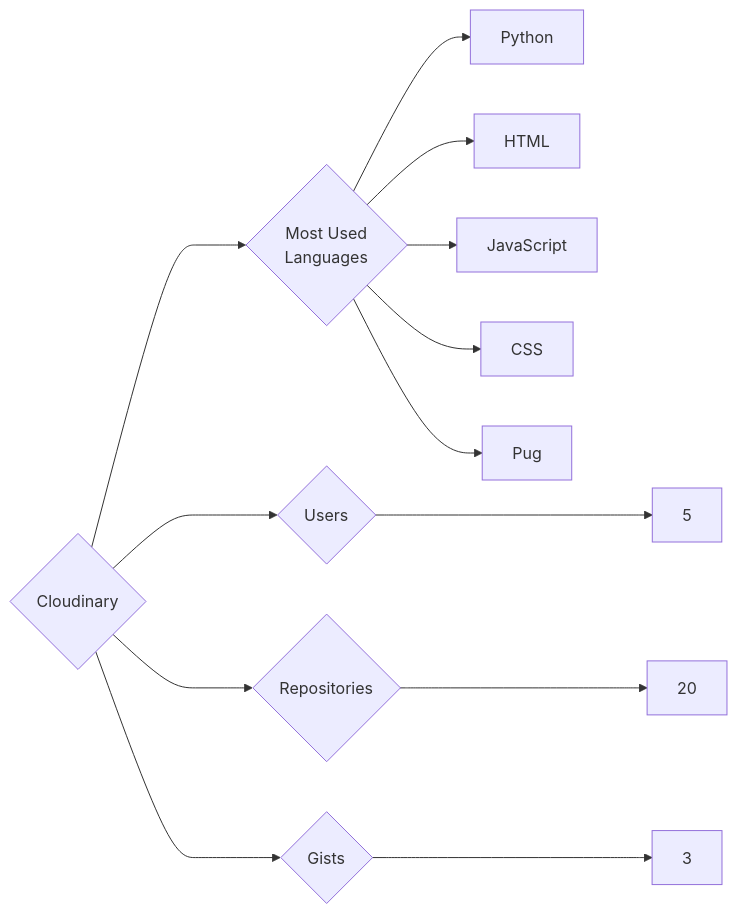
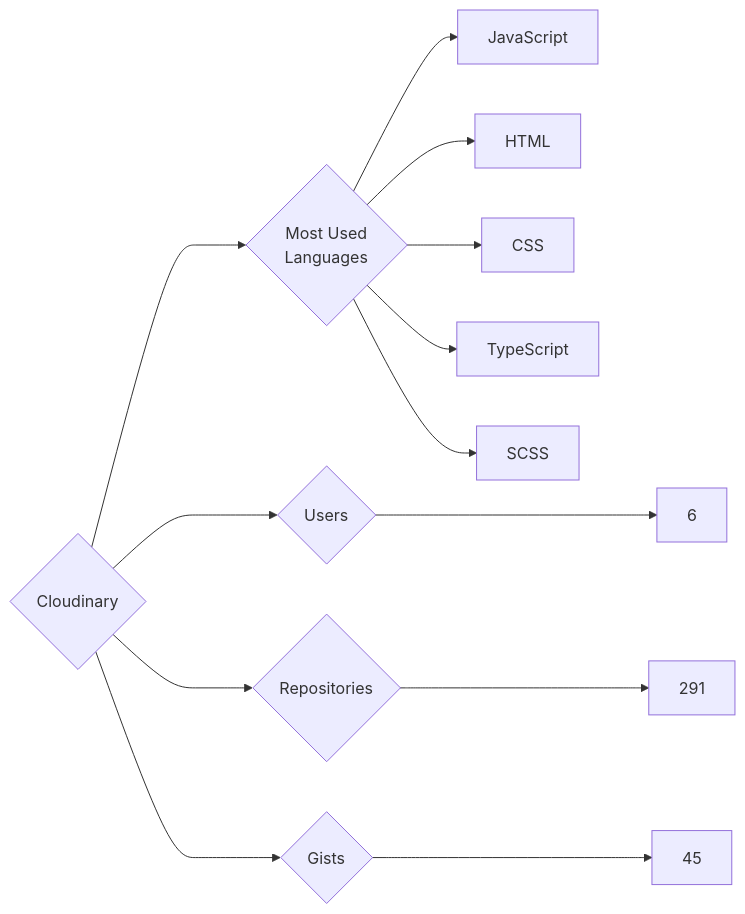
One commit to trickest/insiders changed the diagram in targets/Cloudinary/README.md. Above: the diagram before and after it, drawn with Mermaid. The commit also changed 942 other files, not shown here.

````diff
--- a/targets/Cloudinary/README.md
+++ b/targets/Cloudinary/README.md
@@ -3,13 +3,13 @@
 ```mermaid
 graph LR
 COMPANY_NAME{Cloudinary}
-COMPANY_NAME ---> U{Users} ---> UN[5]
-COMPANY_NAME ---> R{Repositories} ---> RN[20]
-COMPANY_NAME ---> G{Gists} ---> GN[3]
+COMPANY_NAME ---> U{Users} ---> UN[6]
+COMPANY_NAME ---> R{Repositories} ---> RN[291]
+COMPANY_NAME ---> G{Gists} ---> GN[45]
 COMPANY_NAME ---> ML{Most Used<br>Languages}
-ML --> Python[Python]
+ML --> JavaScript[JavaScript]
 ML --> HTML[HTML]
-ML --> JavaScript[JavaScript]
 ML --> CSS[CSS]
-ML --> Pug[Pug]
+ML --> TypeScript[TypeScript]
+ML --> SCSS[SCSS]
 ```
````
